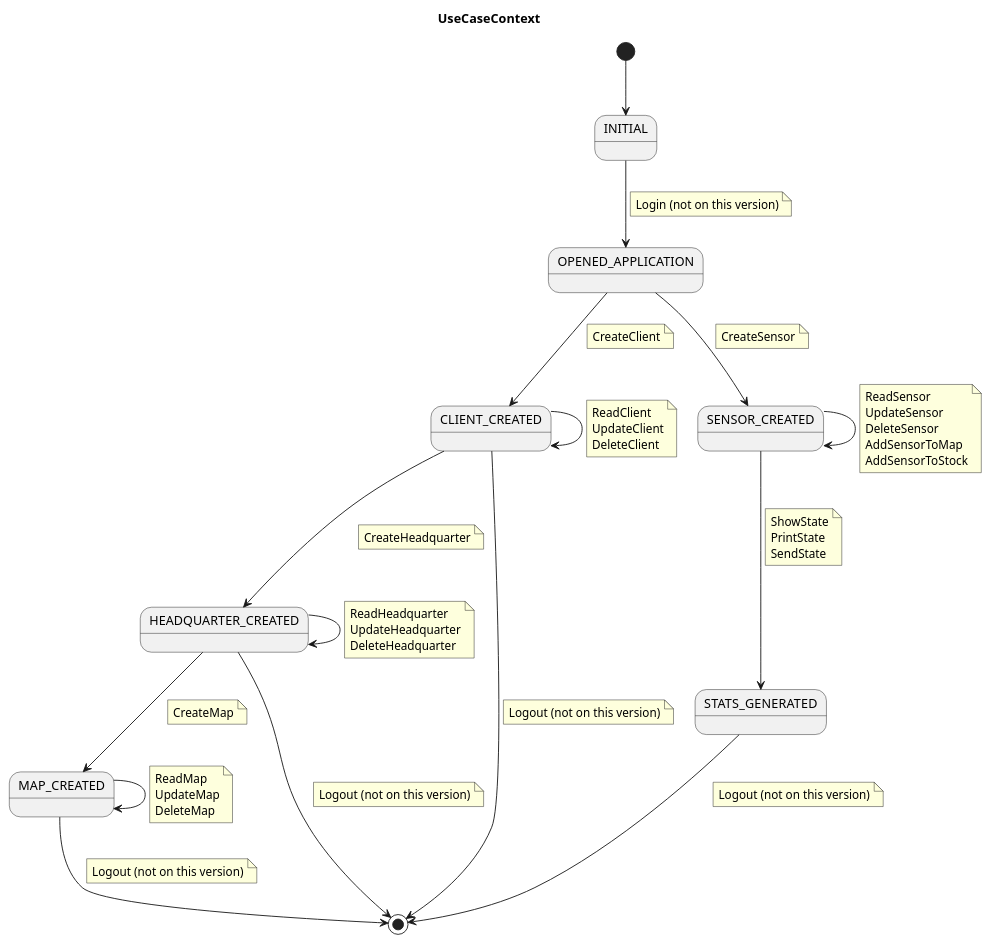
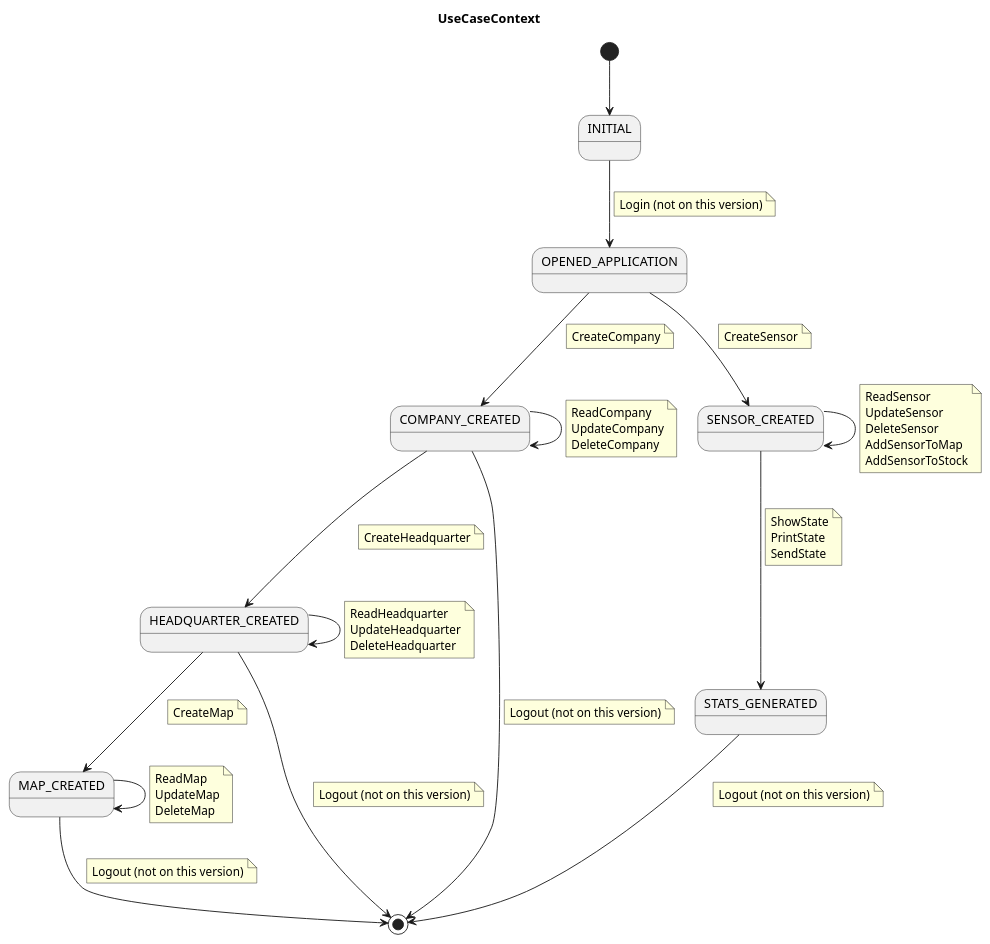
Before and after one commit to jumpering/pestmonitors: the diagram in docs/src/useCase/context/useCaseContext.puml, drawn with PlantUML. The commit also changed 8 other files, not shown here.

```diff
--- a/docs/src/useCase/context/useCaseContext.puml
+++ b/docs/src/useCase/context/useCaseContext.puml
@@ -1,94 +1,94 @@
 @startuml
 title UseCaseContext
+
 state INITIAL
 state OPENED_APPLICATION
-state CLIENT_CREATED
+state COMPANY_CREATED
 state HEADQUARTER_CREATED
 state MAP_CREATED
 state SENSOR_CREATED
 state STATS_GENERATED
 
 [*] --> INITIAL
 
 INITIAL --> OPENED_APPLICATION
 note on link
     Login (not on this version)
 end note
 
-OPENED_APPLICATION --> CLIENT_CREATED
+OPENED_APPLICATION --> COMPANY_CREATED
     note on link
-        CreateClient
+        CreateCompany
     end note
-CLIENT_CREATED --> CLIENT_CREATED
+COMPANY_CREATED --> COMPANY_CREATED
 note on link
-    ReadClient
-    UpdateClient
-    DeleteClient
+    ReadCompany
+    UpdateCompany
+    DeleteCompany
 end note
 
-CLIENT_CREATED --> HEADQUARTER_CREATED
+COMPANY_CREATED --> HEADQUARTER_CREATED
     note on link
         CreateHeadquarter
     end note
 
 HEADQUARTER_CREATED --> HEADQUARTER_CREATED
     note on link
         ReadHeadquarter
         UpdateHeadquarter
         DeleteHeadquarter
     end note
 
 HEADQUARTER_CREATED --> MAP_CREATED
     note on link
         CreateMap
     end note
 
 MAP_CREATED --> MAP_CREATED
     note on link
         ReadMap
         UpdateMap
         DeleteMap
     end note
 
 OPENED_APPLICATION --> SENSOR_CREATED
     note on link
         CreateSensor
     end note
 
 SENSOR_CREATED --> SENSOR_CREATED
     note on link
         ReadSensor
         UpdateSensor
         DeleteSensor
         AddSensorToMap
         AddSensorToStock
     end note
 
-CLIENT_CREATED --> [*]
+COMPANY_CREATED --> [*]
       note on link
           Logout (not on this version)
       end note
 
 HEADQUARTER_CREATED --> [*]
       note on link
           Logout (not on this version)
       end note
 
 MAP_CREATED --> [*]
       note on link
           Logout (not on this version)
       end note
 
 SENSOR_CREATED --> STATS_GENERATED
        note on link
            ShowState
            PrintState
            SendState
        end note
 
 STATS_GENERATED --> [*]
       note on link
           Logout (not on this version)
       end note
-
 @enduml
```
